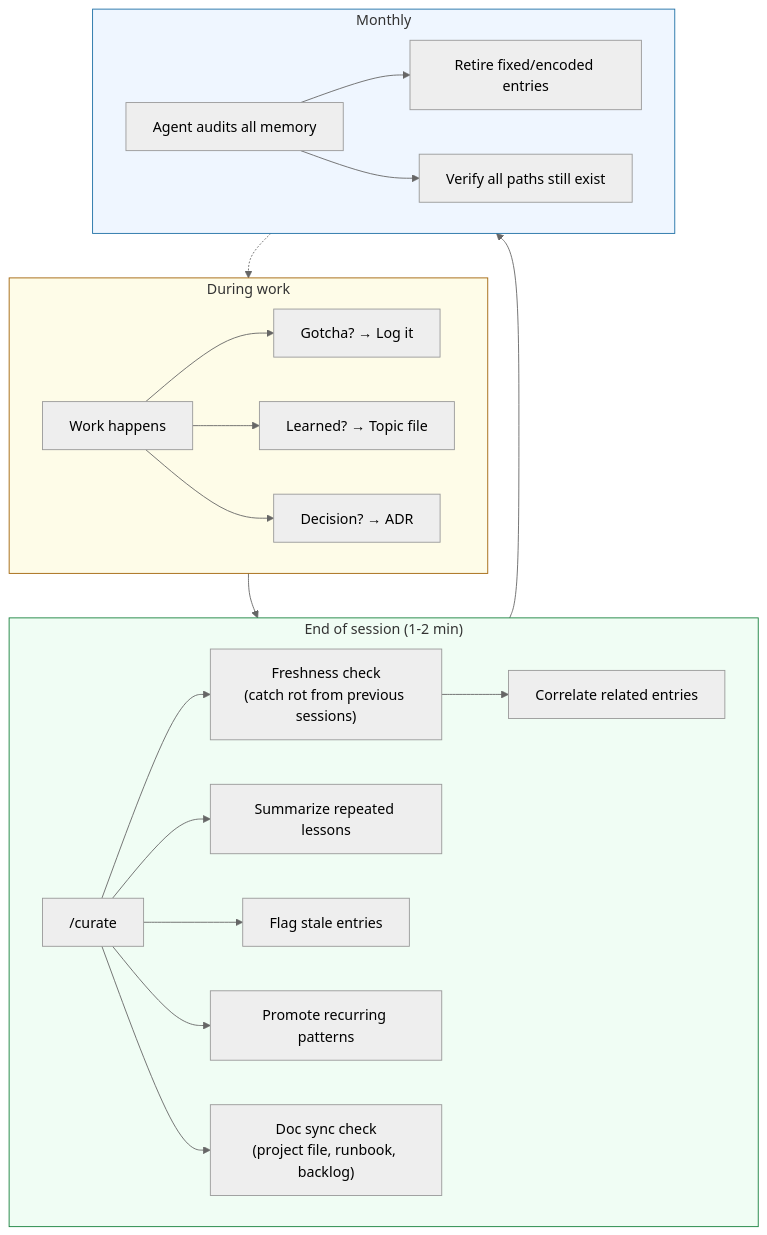
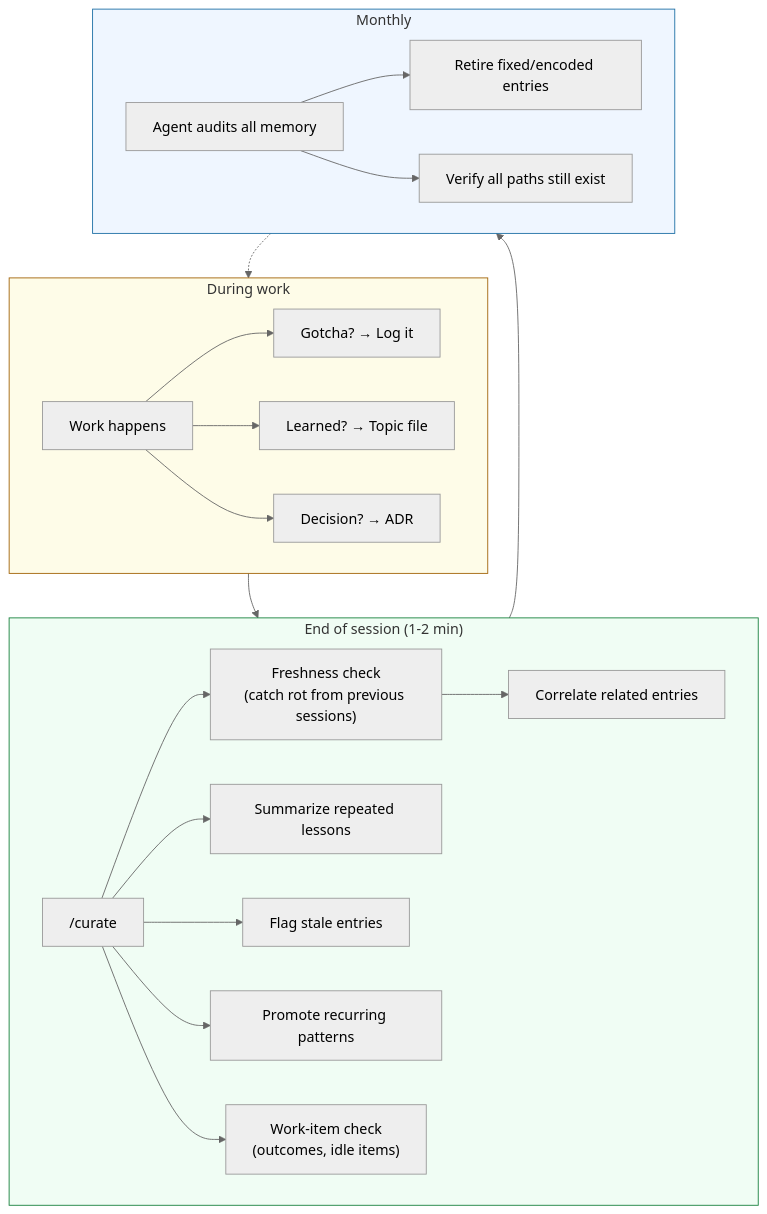
One commit to ducroq/agent-ready-projects changed the fourth of 4 diagrams in docs/guide/04-the-rhythm.md. Above: the diagram before and after it, drawn with Mermaid (neutral theme). The commit also changed other lines of this file and 8 other files, not shown here.

First line of the commit message:
curate: retire Step 0 sub-step 4 and Step 4 doc sync (#367)

````diff
--- a/docs/guide/04-the-rhythm.md
+++ b/docs/guide/04-the-rhythm.md
@@ -110,33 +110,33 @@
 ```mermaid
 flowchart TD
     subgraph during["During work"]
         W["Work happens"]
         W --> Gotcha["Gotcha? → Log it"]
         W --> Learn["Learned? → Topic file"]
         W --> Decide["Decision? → ADR"]
     end
 
     subgraph eos["End of session (1-2 min)"]
         Curate["/curate"]
         Curate --> Fresh["Freshness check<br/>(catch rot from previous sessions)"]
         Fresh --> Correlate["Correlate related entries"]
         Curate --> Summarize["Summarize repeated lessons"]
         Curate --> Prune["Flag stale entries"]
         Curate --> Promote["Promote recurring patterns"]
-        Curate --> DocSync["Doc sync check<br/>(project file, runbook, backlog)"]
+        Curate --> DocSync["Work-item check<br/>(outcomes, idle items)"]
     end
 
     subgraph monthly["Monthly"]
         Audit["Agent audits all memory"]
         Audit --> Retire["Retire fixed/encoded entries"]
         Audit --> Verify["Verify all paths still exist"]
     end
 
     during --> eos
     eos --> monthly
     monthly -.-> during
 
     style during fill:#fefce8,stroke:#a16207
     style eos fill:#f0fdf4,stroke:#16803c
     style monthly fill:#eff6ff,stroke:#1d6fa5
 ```
````
